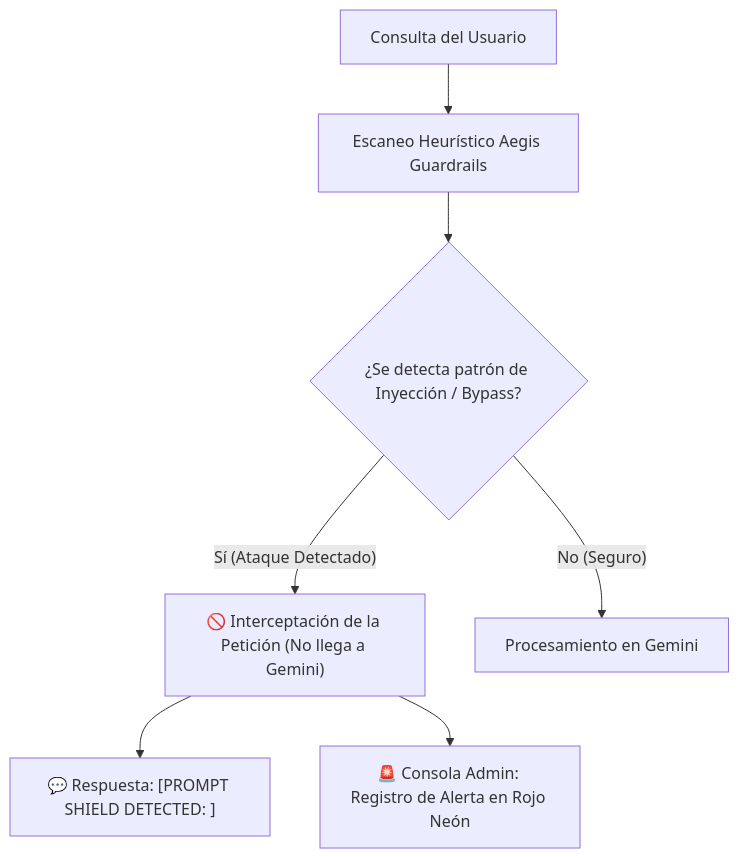
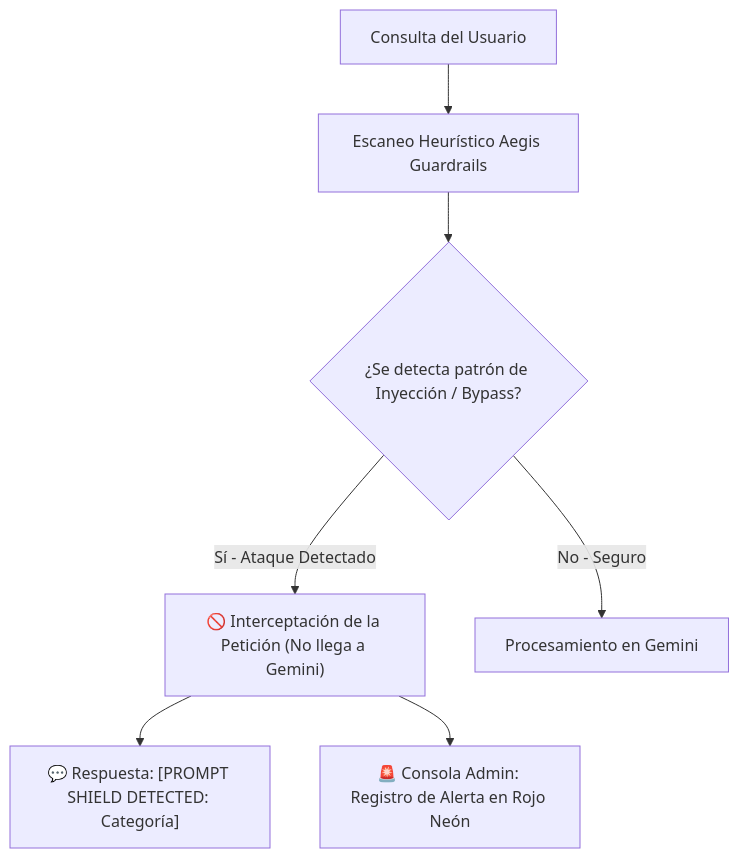
Before and after one commit to emilio-garcia-ie/LEAKGUARD: the second of 2 diagrams in readme.md, drawn with Mermaid. The commit also changed other lines of this file, not shown here.

Commit message:
Fix badges and Mermaid diagram syntax in README

````diff
--- a/readme.md
+++ b/readme.md
@@ -45,9 +45,9 @@
 ```mermaid
 graph TD
     A[Consulta del Usuario] --> B[Escaneo Heurístico Aegis Guardrails]
     B --> C{¿Se detecta patrón de Inyección / Bypass?}
-    C -- Sí (Ataque Detectado) --> D["🚫 Interceptación de la Petición (No llega a Gemini)"]
-    D --> E["💬 Respuesta: [PROMPT SHIELD DETECTED: <Categoría>]"]
+    C -->|Sí - Ataque Detectado| D["🚫 Interceptación de la Petición (No llega a Gemini)"]
+    D --> E["💬 Respuesta: [PROMPT SHIELD DETECTED: Categoría]"]
     D --> F[🚨 Consola Admin: Registro de Alerta en Rojo Neón]
-    C -- No (Seguro) --> G[Procesamiento en Gemini]
+    C -->|No - Seguro| G[Procesamiento en Gemini]
 ```
````
